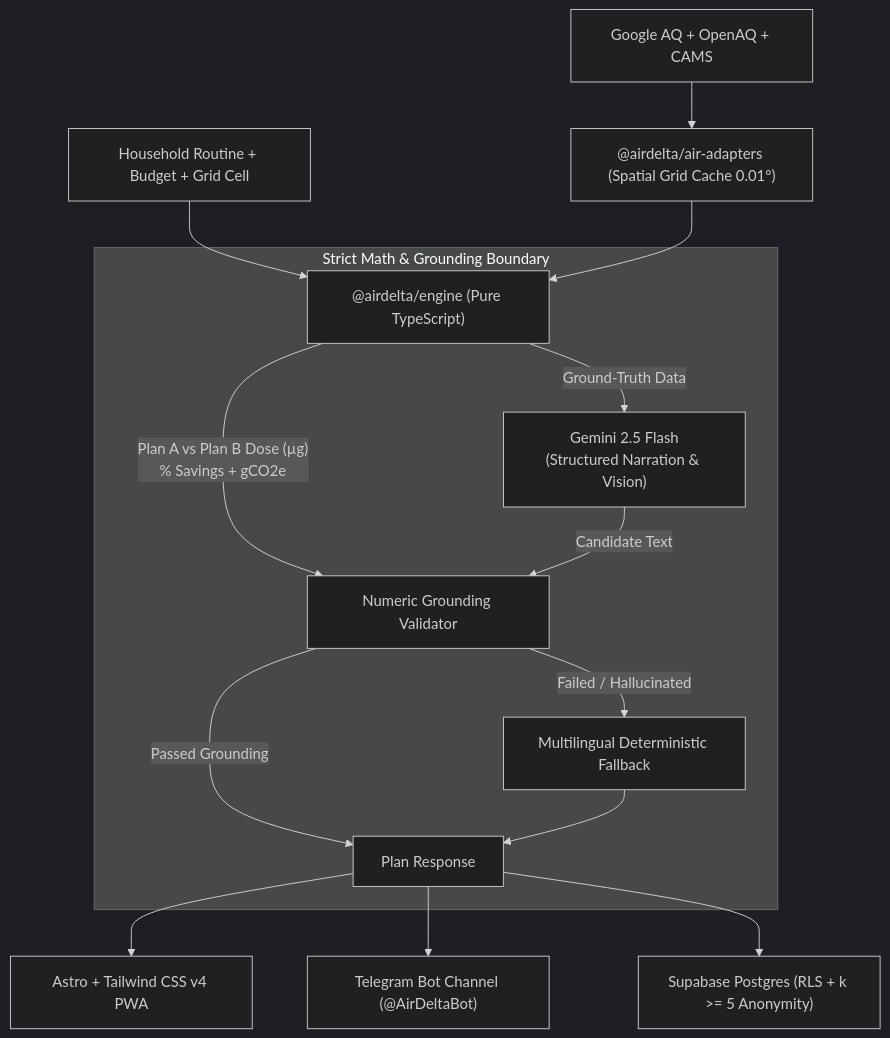
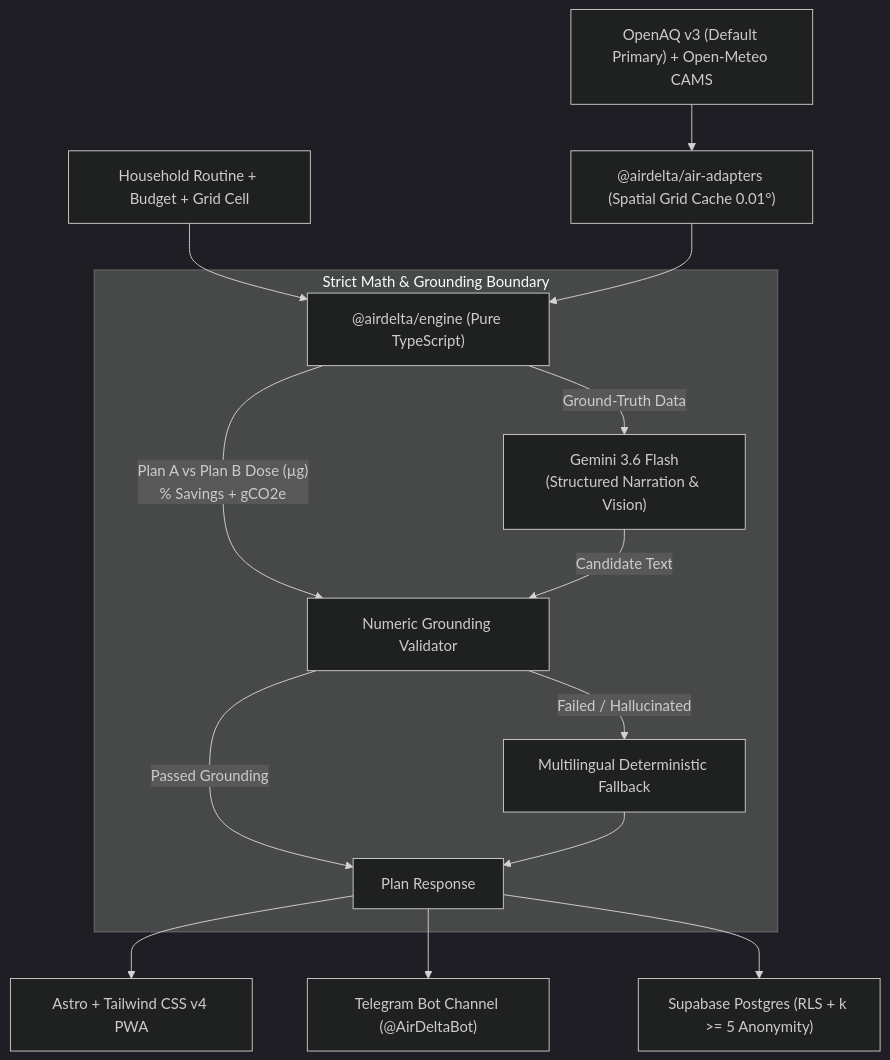
One commit to AJAYMYTH/AirDelta changed the diagram in README.md. Above: the diagram before and after it, drawn with Mermaid (dark theme). The commit also changed other lines of this file and 43 other files, not shown here.

Commit message:
feat: default OpenAQ primary, fast Gemini narration, interactive air wave UI, Top-Layer dropdowns, and full 13-language i18n

````diff
--- a/README.md
+++ b/README.md
@@ -19,19 +47,19 @@
 ```mermaid
 flowchart TD
     User["Household Routine + Budget + Grid Cell"] --> Engine["@airdelta/engine (Pure TypeScript)"]
-    AirProviders["Google AQ + OpenAQ + CAMS"] --> Adapters["@airdelta/air-adapters (Spatial Grid Cache 0.01°)"]
+    AirProviders["OpenAQ v3 (Default Primary) + Open-Meteo CAMS"] --> Adapters["@airdelta/air-adapters (Spatial Grid Cache 0.01°)"]
     Adapters --> Engine
     
     subgraph "Strict Math & Grounding Boundary"
         Engine -->|"Plan A vs Plan B Dose (µg)\n% Savings + gCO2e"| Validator["Numeric Grounding Validator"]
-        Engine -->|"Ground-Truth Data"| Gemini["Gemini 2.5 Flash\n(Structured Narration & Vision)"]
+        Engine -->|"Ground-Truth Data"| Gemini["Gemini 3.6 Flash\n(Structured Narration & Vision)"]
         Gemini -->|"Candidate Text"| Validator
         Validator -->|"Passed Grounding"| FinalOutput["Plan Response"]
         Validator -->|"Failed / Hallucinated"| TemplateFallback["Multilingual Deterministic Fallback"]
         TemplateFallback --> FinalOutput
     end
 
     FinalOutput --> Web["Astro + Tailwind CSS v4 PWA"]
     FinalOutput --> Bot["Telegram Bot Channel (@AirDeltaBot)"]
     FinalOutput --> Supabase["Supabase Postgres (RLS + k >= 5 Anonymity)"]
 ```
````
